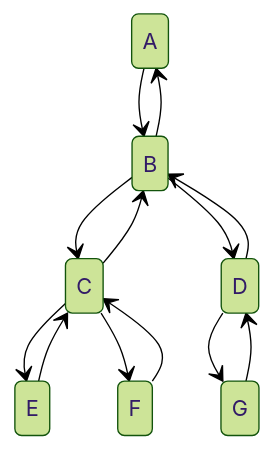
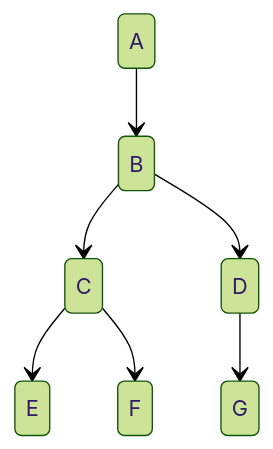
One commit to TomorrowIppo/ROKA_BOJ changed the diagram in README.md. Above: the diagram before and after it, drawn with Mermaid (forest theme).

````diff
--- a/README.md
+++ b/README.md
@@ -35,9 +35,9 @@
 ```mermaid
 stateDiagram
-    A --> B B --> A
-    B --> C C --> B
-    B --> D D --> B
-    C --> E E --> C
-    C --> F F --> C
-    D --> G G --> D
+    A --> B 
+    B --> C
+    B --> D
+    C --> E
+    C --> F
+    D --> G
 ```
````
